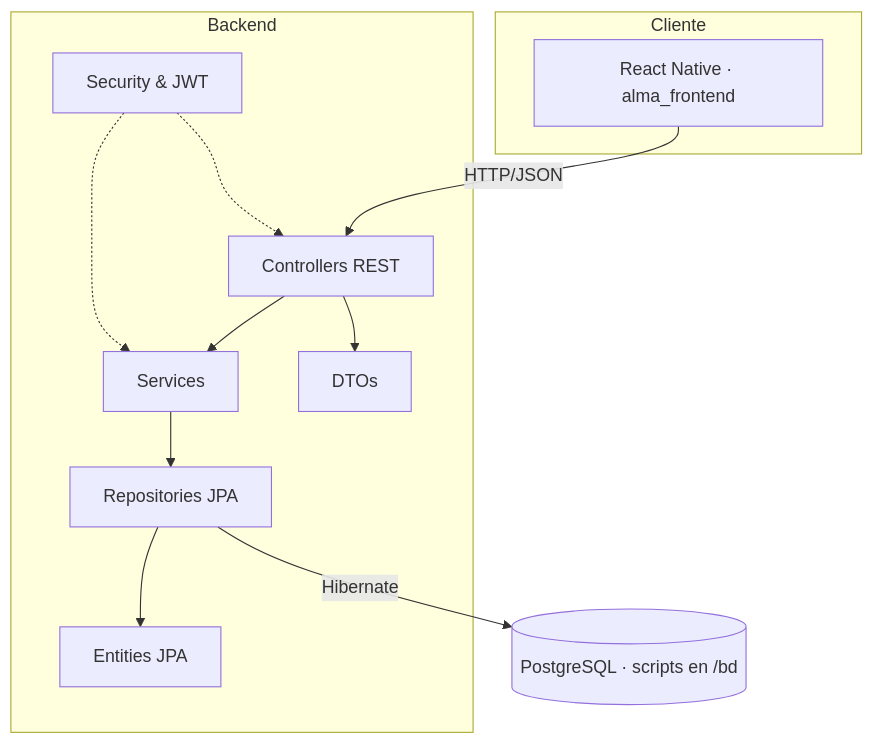
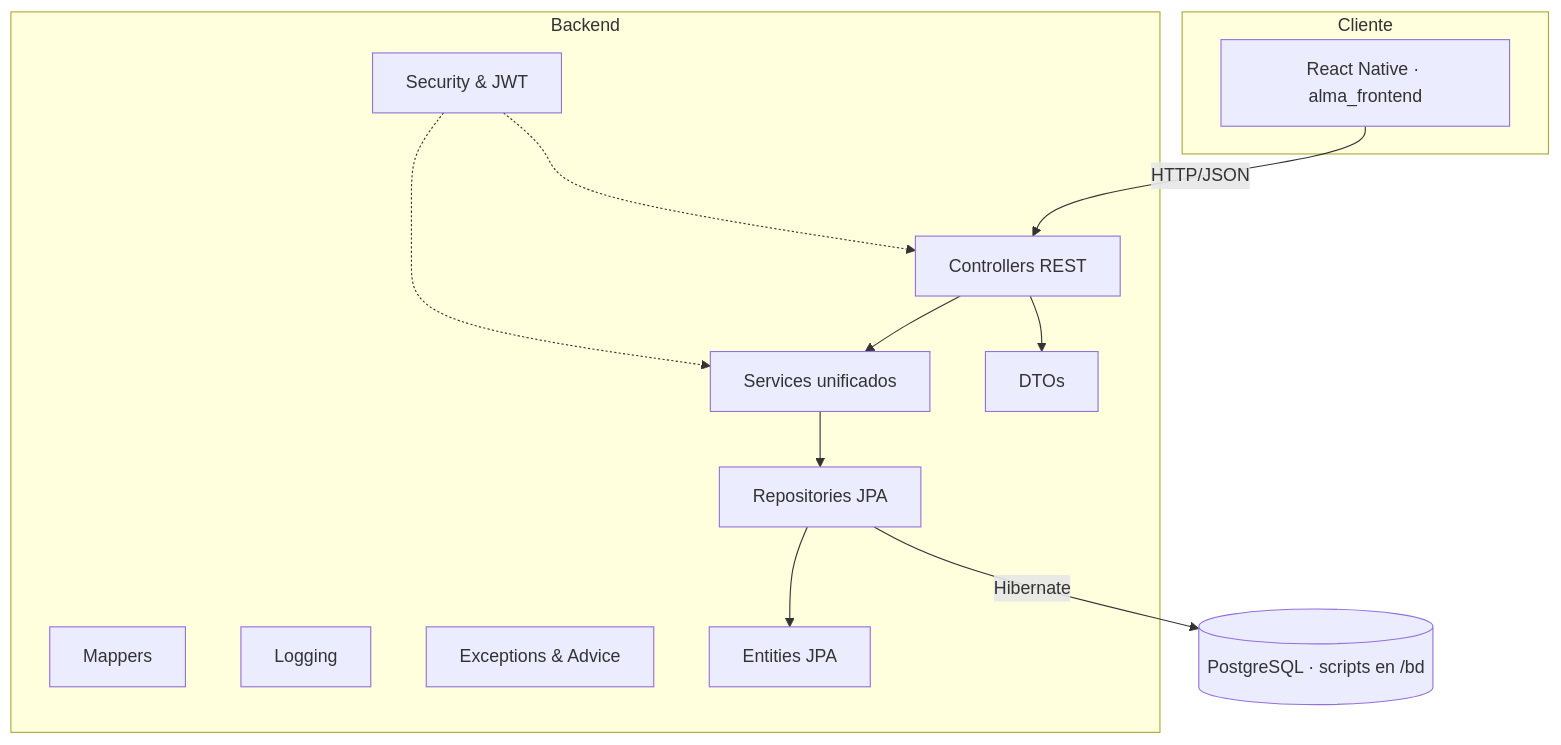
The diagram in docs/FASE1_Arquitectura.md (Inigoo96/A.L.M.A_TFG), drawn with Mermaid before and after one commit. The commit also changed other lines of this file and 3 other files, not shown here.

````diff
--- a/docs/FASE1_Arquitectura.md
+++ b/docs/FASE1_Arquitectura.md
@@ -10,24 +10,27 @@
 ```mermaid
 graph TD
     subgraph Cliente
         RN[React Native · alma_frontend]
     end
     subgraph Backend
         Controller[Controllers REST]
-        Service[Services]
+        Service[Services unificados]
         Repo[Repositories JPA]
         Security[Security & JWT]
         DTO[DTOs]
+        Mapper[Mappers]
+        Logging[Logging]
+        Exception[Exceptions & Advice]
         Entity[Entities JPA]
     end
     DB[(PostgreSQL · scripts en /bd)]
 
     RN -->|HTTP/JSON| Controller
     Controller --> Service
     Service --> Repo
     Repo --> Entity
     Controller --> DTO
     Security -.-> Controller
     Security -.-> Service
     Repo -->|Hibernate| DB
 ```
````
